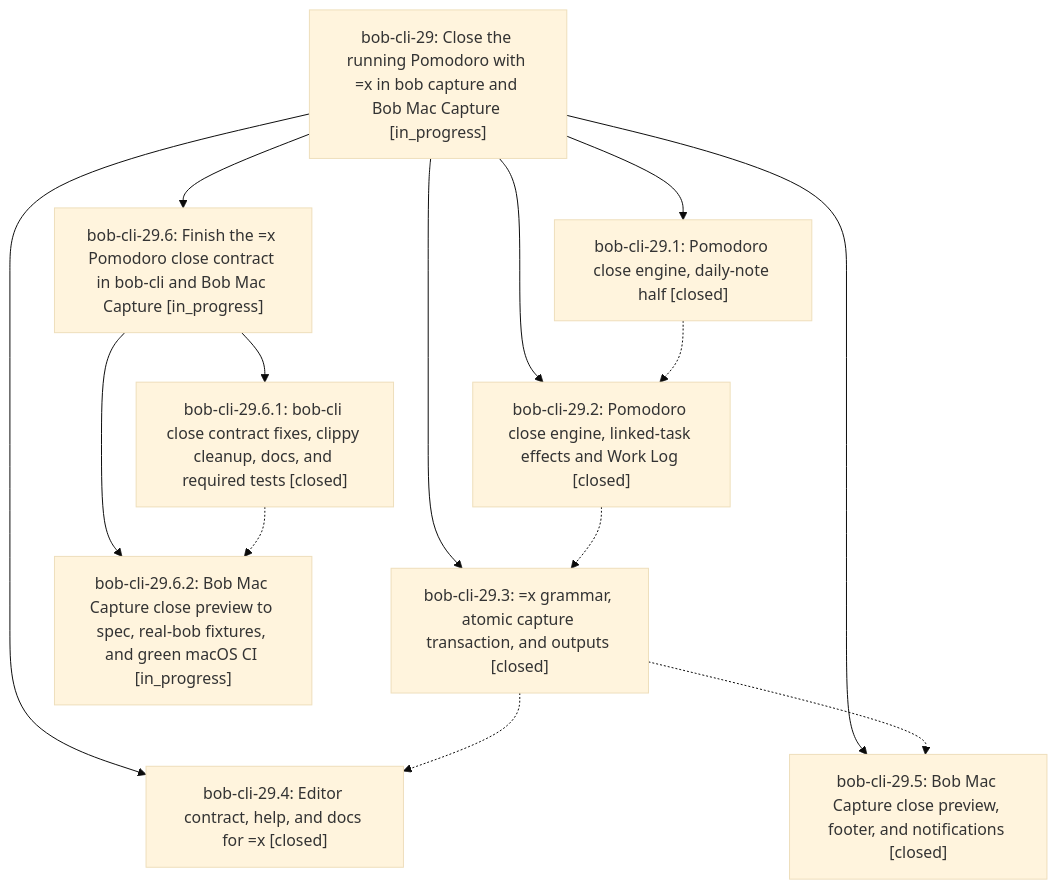
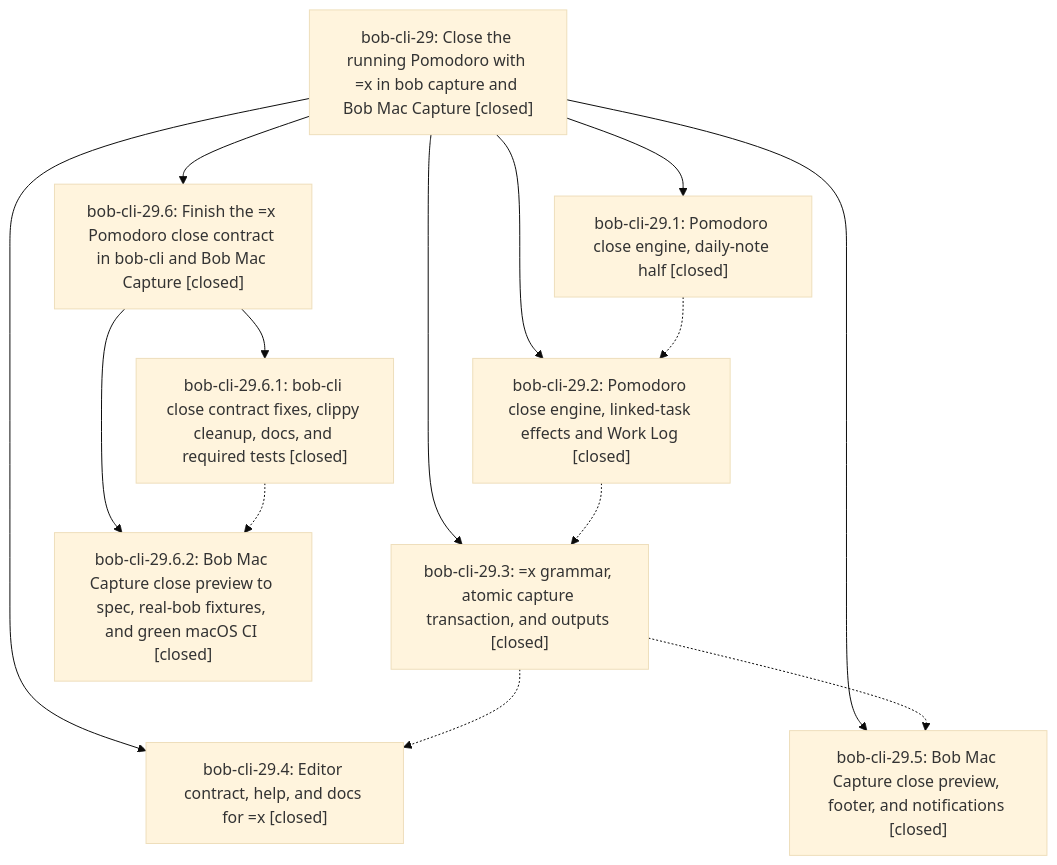
Before and after one commit to bobs-org/bob-cli--beads: the diagram in pages/bob-cli-29/README.md, drawn with Mermaid (base theme). The commit also changed other lines of this file and 3 other files, not shown here.

First line of the commit message:
chore(beads): sync bead state and pages for bob-cli-29

````diff
--- a/pages/bob-cli-29/README.md
+++ b/pages/bob-cli-29/README.md
@@ -49,25 +51,25 @@
 ```mermaid
 flowchart TD
-    n0["bob-cli-29: Close the running Pomodoro with =x in bob capture and Bob Mac Capture [in_progress]"]
+    n0["bob-cli-29: Close the running Pomodoro with =x in bob capture and Bob Mac Capture [closed]"]
     n1["bob-cli-29.1: Pomodoro close engine, daily-note half [closed]"]
     n2["bob-cli-29.2: Pomodoro close engine, linked-task effects and Work Log [closed]"]
     n3["bob-cli-29.3: =x grammar, atomic capture transaction, and outputs [closed]"]
     n4["bob-cli-29.4: Editor contract, help, and docs for =x [closed]"]
     n5["bob-cli-29.5: Bob Mac Capture close preview, footer, and notifications [closed]"]
-    n6["bob-cli-29.6: Finish the =x Pomodoro close contract in bob-cli and Bob Mac Capture [in_progress]"]
+    n6["bob-cli-29.6: Finish the =x Pomodoro close contract in bob-cli and Bob Mac Capture [closed]"]
     n7["bob-cli-29.6.1: bob-cli close contract fixes, clippy cleanup, docs, and required tests [closed]"]
-    n8["bob-cli-29.6.2: Bob Mac Capture close preview to spec, real-bob fixtures, and green macOS CI [in_progress]"]
+    n8["bob-cli-29.6.2: Bob Mac Capture close preview to spec, real-bob fixtures, and green macOS CI [closed]"]
     n0 --> n1
     n0 --> n2
     n0 --> n3
     n0 --> n4
     n0 --> n5
     n0 --> n6
     n6 --> n7
     n6 --> n8
     n1 -.-> n2
     n2 -.-> n3
     n3 -.-> n4
     n3 -.-> n5
     n7 -.-> n8
 ```
````
